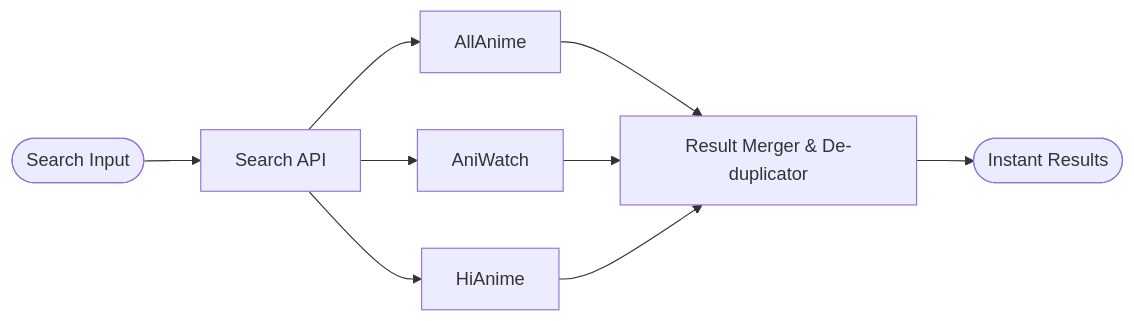
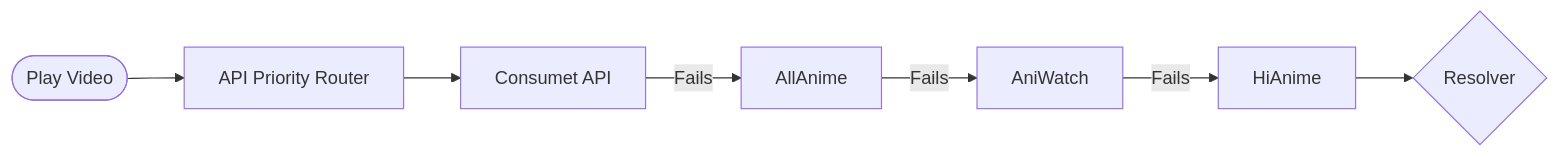
Before and after one commit to iamTechieAman/anime-web: the diagram in README.md, drawn with Mermaid. The commit also changed other lines of this file and 30 other files, not shown here.

Commit message:
feat: integrate Consumet & TMDB API, overhaul UI & documentation

````diff
--- a/README.md
+++ b/README.md
@@ -42,9 +42,9 @@
 ```mermaid
 graph LR
-    User([Search Input]) --> API[Search API]
-    API --> P1[AllAnime]
-    API --> P2[AniWatch]
-    API --> P3[HiAnime]
-    P1 & P2 & P3 --> Merge[Result Merger & De-duplicator]
-    Merge --> Res([Instant Results])
+    User([Play Video]) --> Route[API Priority Router]
+    Route --> C[Consumet API]
+    C -- Fails --> A[AllAnime]
+    A -- Fails --> AW[AniWatch]
+    AW -- Fails --> H[HiAnime]
+    H --> Stream{Resolver}
 ```
````
